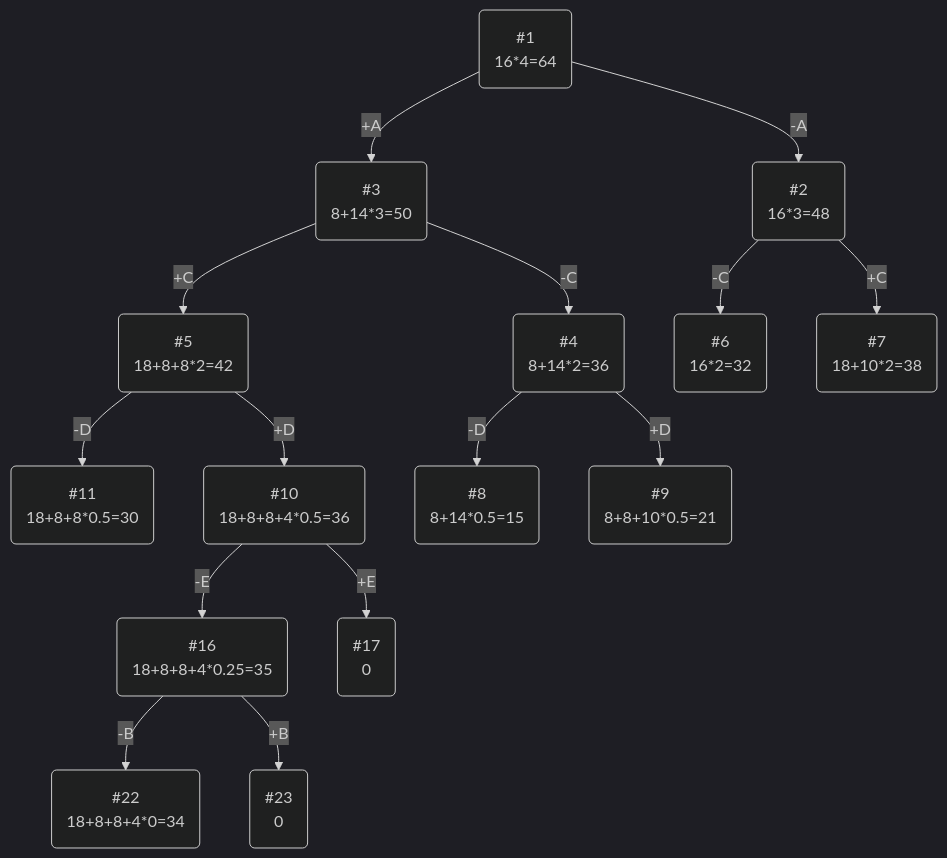
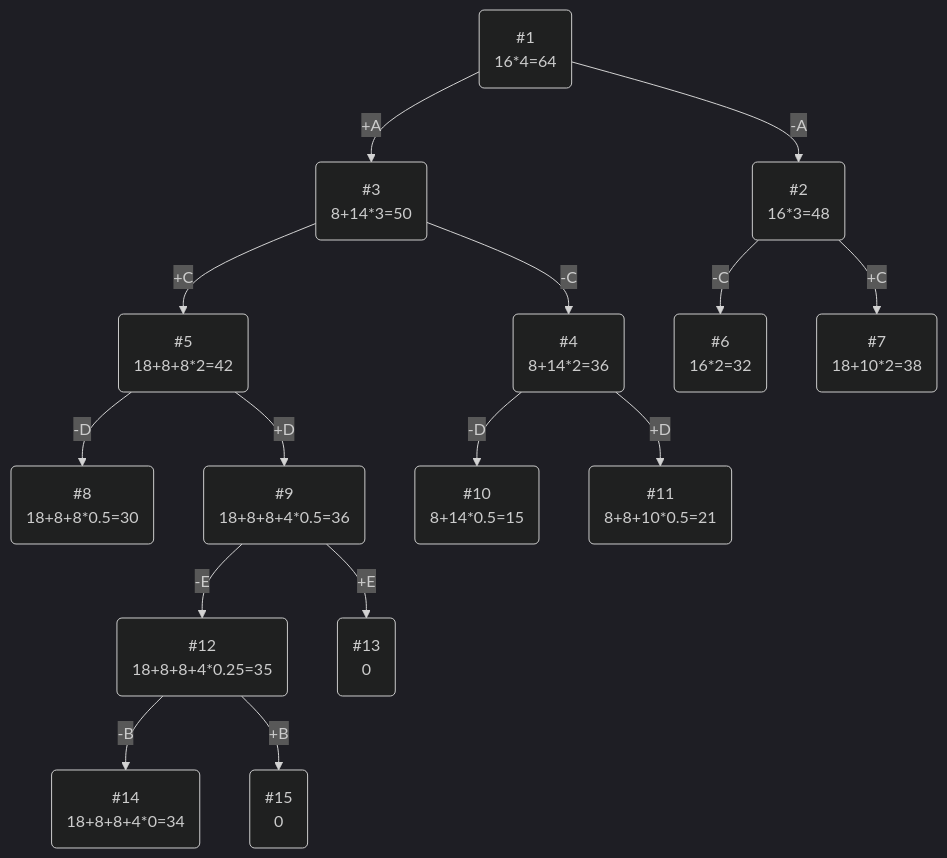
The diagram in task_19/gigacode_task_19.md (HSE-algo-23-crow/manual_tasks), drawn with Mermaid (dark theme) before and after one commit.

````diff
--- a/task_19/gigacode_task_19.md
+++ b/task_19/gigacode_task_19.md
@@ -53,17 +53,18 @@
 ```mermaid
 graph TB
     1(#1\n16*4=64)-->|-A|2(#2\n16*3=48)
     1-->|+A|3(#3\n8+14*3=50)
     3-->|-C|4(#4\n8+14*2=36)
     3-->|+C|5(#5\n18+8+8*2=42)
-    5-->|+D|7(#10\n18+8+8+4*0.5=36)
-    7-->|-E|20(#16\n18+8+8+4*0.25=35)
-    20-->|-B|22(#22\n18+8+8+4*0=34)
-    20-->|+B|23(#23\n0)
-    7-->|+E|21(#17\n0)
-    5-->|-D|6(#11\n18+8+8*0.5=30)
-    2-->|-C|8(#6\n16*2=32)
-    2-->|+C|9(#7\n18+10*2=38)
-    4-->|-D|12(#8\n8+14*0.5=15)
-    4-->|+D|13(#9\n8+8+10*0.5=21)
+    5-->|+D|9(#9\n18+8+8+4*0.5=36)
+    9-->|-E|12(#12\n18+8+8+4*0.25=35)
+    12-->|-B|14(#14\n18+8+8+4*0=34)
+    12-->|+B|15(#15\n0)
+    9-->|+E|13(#13\n0)
+    5-->|-D|8(#8\n18+8+8*0.5=30)
+    2-->|-C|6(#6\n16*2=32)
+    2-->|+C|7(#7\n18+10*2=38)
+    4-->|-D|10(#10\n8+14*0.5=15)
+    4-->|+D|11(#11\n8+8+10*0.5=21)
+
 ```
````
